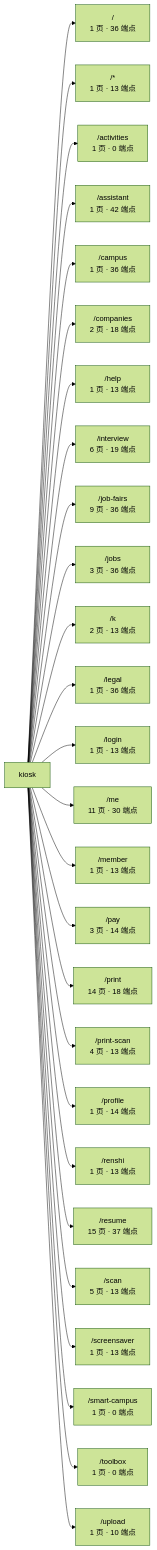
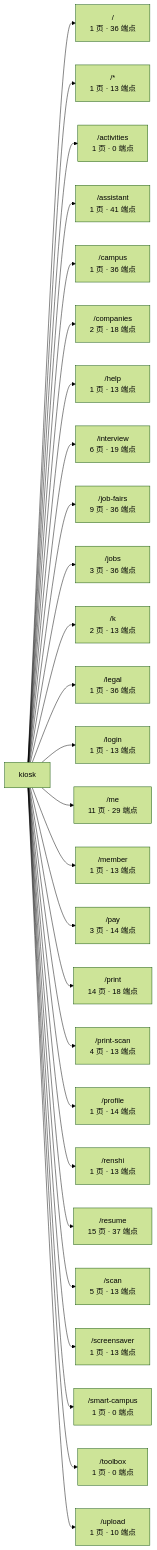
One commit to wanglei581/YITIJI changed the first of 3 diagrams in docs/graph/routes.md. Above: the diagram before and after it, drawn with Mermaid (forest theme). The commit also changed other lines of this file and 6 other files, not shown here.

Commit message:
P2e-3(8): 同步进度文档与项目图谱

````diff
--- a/docs/graph/routes.md
+++ b/docs/graph/routes.md
@@ -17,30 +17,30 @@
 ```mermaid
 flowchart LR
   app["kiosk"]
   app --> _root_["/<br/>1 页 · 36 端点"]
   app --> _["/*<br/>1 页 · 13 端点"]
   app --> activities["/activities<br/>1 页 · 0 端点"]
-  app --> assistant["/assistant<br/>1 页 · 42 端点"]
+  app --> assistant["/assistant<br/>1 页 · 41 端点"]
   app --> campus["/campus<br/>1 页 · 36 端点"]
   app --> companies["/companies<br/>2 页 · 18 端点"]
   app --> help["/help<br/>1 页 · 13 端点"]
   app --> interview["/interview<br/>6 页 · 19 端点"]
   app --> job_fairs["/job-fairs<br/>9 页 · 36 端点"]
   app --> jobs["/jobs<br/>3 页 · 36 端点"]
   app --> k["/k<br/>2 页 · 13 端点"]
   app --> legal["/legal<br/>1 页 · 36 端点"]
   app --> login["/login<br/>1 页 · 13 端点"]
-  app --> me["/me<br/>11 页 · 30 端点"]
+  app --> me["/me<br/>11 页 · 29 端点"]
   app --> member["/member<br/>1 页 · 13 端点"]
   app --> pay["/pay<br/>3 页 · 14 端点"]
   app --> print["/print<br/>14 页 · 18 端点"]
   app --> print_scan["/print-scan<br/>4 页 · 13 端点"]
   app --> profile["/profile<br/>1 页 · 14 端点"]
   app --> renshi["/renshi<br/>1 页 · 13 端点"]
   app --> resume["/resume<br/>15 页 · 37 端点"]
   app --> scan["/scan<br/>5 页 · 13 端点"]
   app --> screensaver["/screensaver<br/>1 页 · 13 端点"]
   app --> smart_campus["/smart-campus<br/>1 页 · 0 端点"]
   app --> toolbox["/toolbox<br/>1 页 · 0 端点"]
   app --> upload["/upload<br/>1 页 · 10 端点"]
 ```
````
